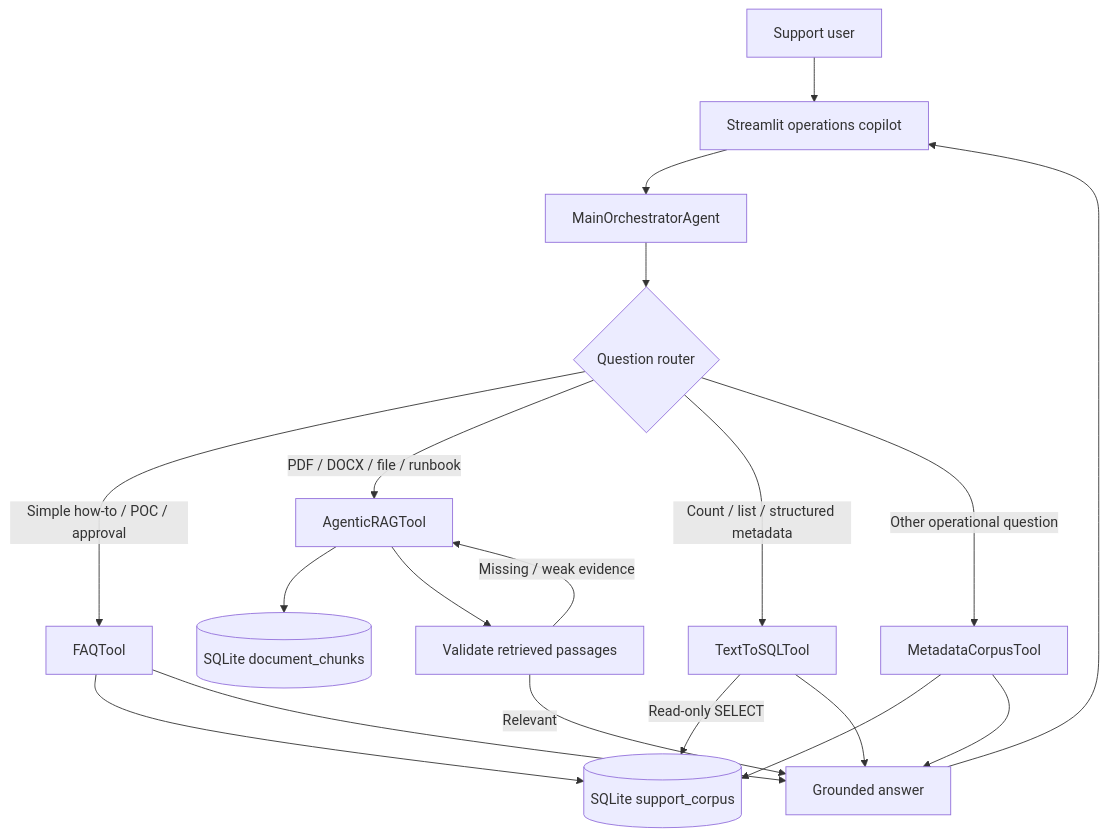
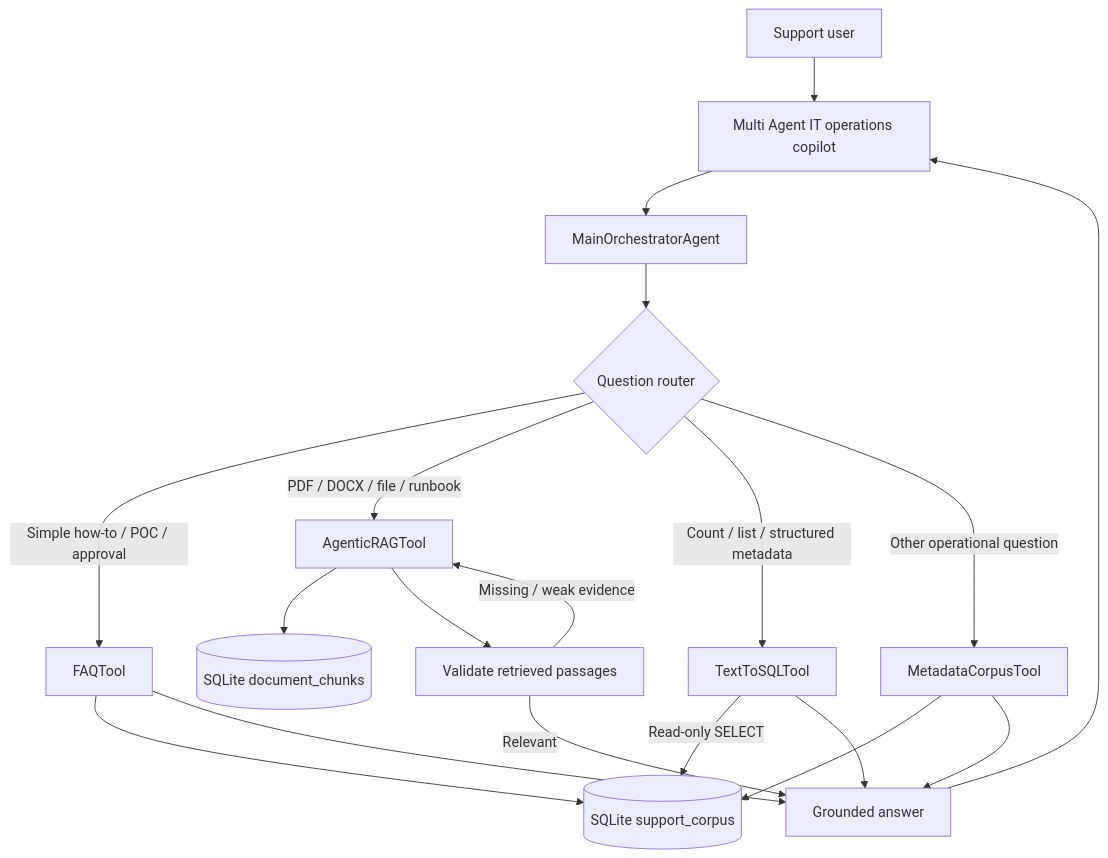
Before and after one commit to ajeetkumarAI/Multi-Agent-IT-Operations-Support-Platform: the first of 2 diagrams in README.md, drawn with Mermaid.

Commit message:
refactor: update diagram label for clarity in README

````diff
--- a/README.md
+++ b/README.md
@@ -11,24 +11,24 @@
 ```mermaid
 flowchart TD
-	U[Support user] --> UI[Streamlit operations copilot]
+	U[Support user] --> UI[Multi Agent IT operations copilot]
 	UI --> O[MainOrchestratorAgent]
 
 	O --> R{Question router}
 	R -->|Simple how-to / POC / approval| F[FAQTool]
 	R -->|PDF / DOCX / file / runbook| G[AgenticRAGTool]
 	R -->|Count / list / structured metadata| S[TextToSQLTool]
 	R -->|Other operational question| M[MetadataCorpusTool]
 
 	F --> C[(SQLite support_corpus)]
 	M --> C
 	S -->|Read-only SELECT| C
 	G --> D[(SQLite document_chunks)]
 
 	G --> V[Validate retrieved passages]
 	V -->|Relevant| A[Grounded answer]
 	V -->|Missing / weak evidence| G
 	F --> A
 	S --> A
 	M --> A
 	A --> UI
 ```
````
